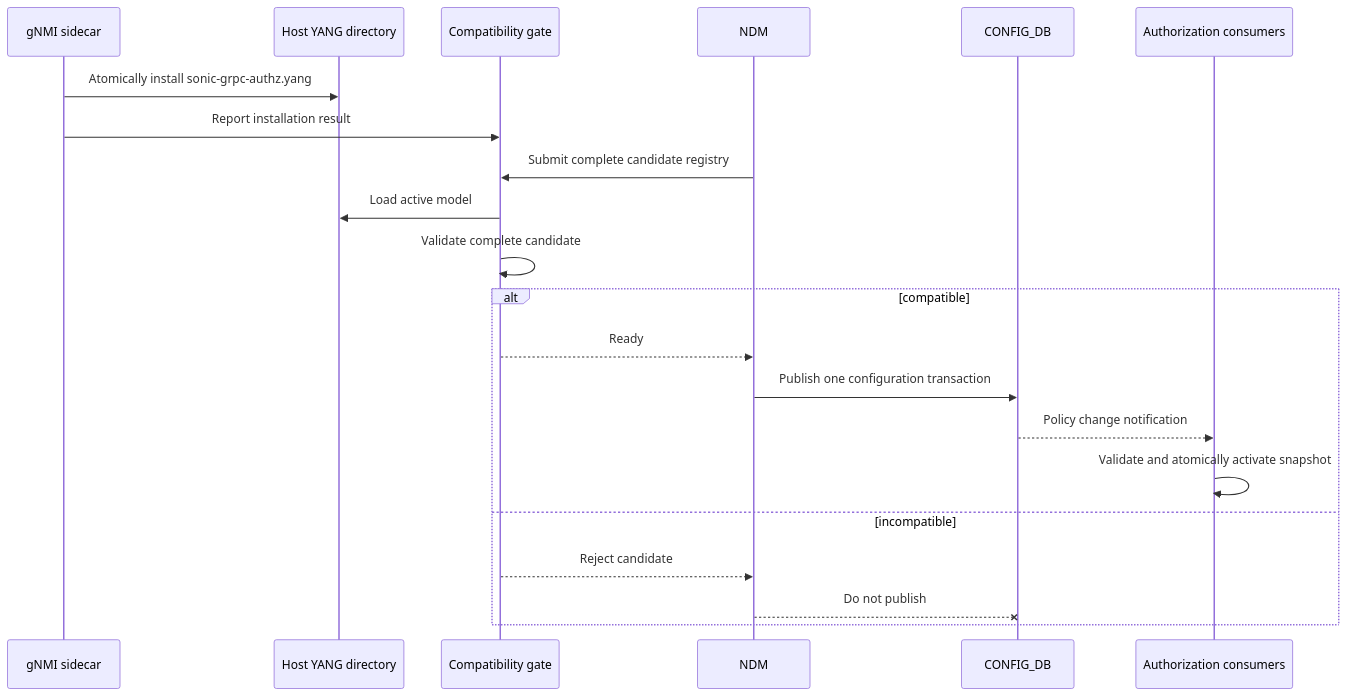
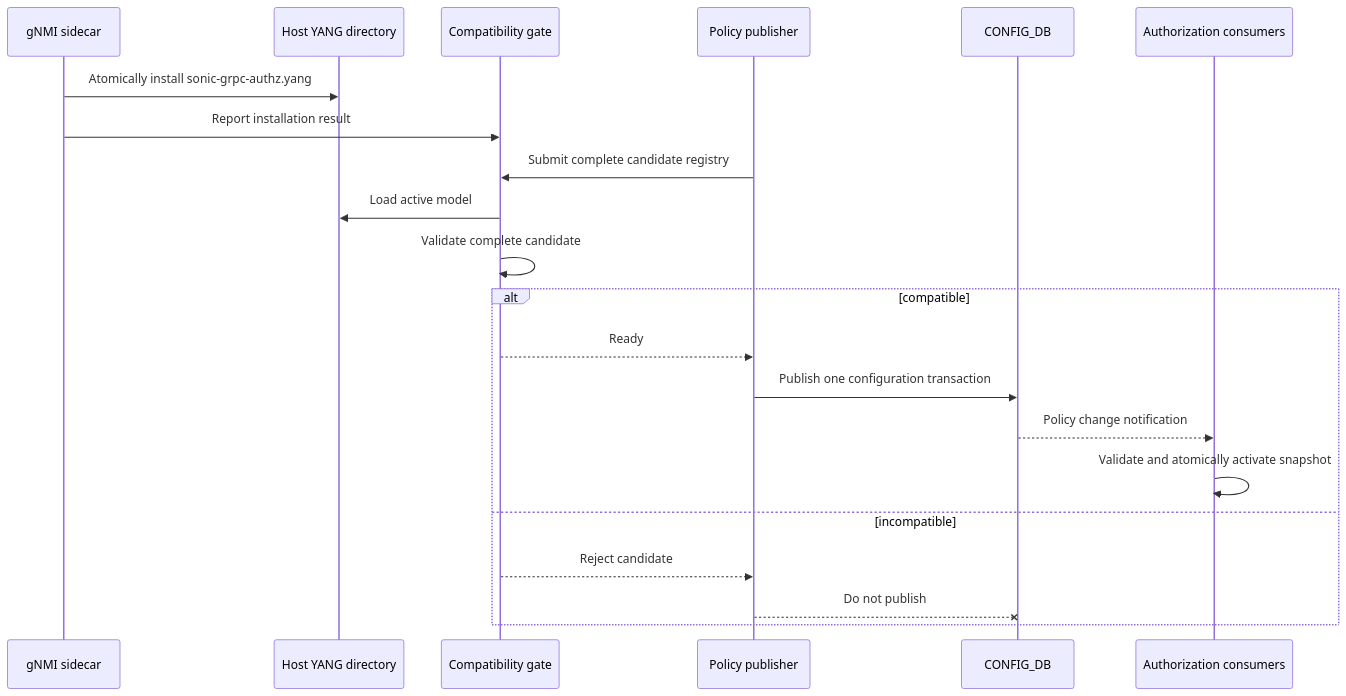
One commit to sonic-net/SONiC changed the second of 2 diagrams in doc/mgmt/gnmi/grpc_authentication_authorization_policy_hld.md. Above: the diagram before and after it, drawn with Mermaid. The commit also changed other lines of this file, not shown here.

Commit message:
[doc] Use public policy publisher terminology

````diff
--- a/doc/mgmt/gnmi/grpc_authentication_authorization_policy_hld.md
+++ b/doc/mgmt/gnmi/grpc_authentication_authorization_policy_hld.md
@@ -210,24 +211,24 @@
 ```mermaid
 sequenceDiagram
     participant Sidecar as gNMI sidecar
     participant Host as Host YANG directory
     participant Gate as Compatibility gate
-    participant NDM
+    participant Publisher as Policy publisher
     participant DB as CONFIG_DB
     participant Runtime as Authorization consumers
 
     Sidecar->>Host: Atomically install sonic-grpc-authz.yang
     Sidecar->>Gate: Report installation result
-    NDM->>Gate: Submit complete candidate registry
+    Publisher->>Gate: Submit complete candidate registry
     Gate->>Host: Load active model
     Gate->>Gate: Validate complete candidate
     alt compatible
-        Gate-->>NDM: Ready
-        NDM->>DB: Publish one configuration transaction
+        Gate-->>Publisher: Ready
+        Publisher->>DB: Publish one configuration transaction
         DB-->>Runtime: Policy change notification
         Runtime->>Runtime: Validate and atomically activate snapshot
     else incompatible
-        Gate-->>NDM: Reject candidate
-        NDM--xDB: Do not publish
+        Gate-->>Publisher: Reject candidate
+        Publisher--xDB: Do not publish
     end
 ```
````
